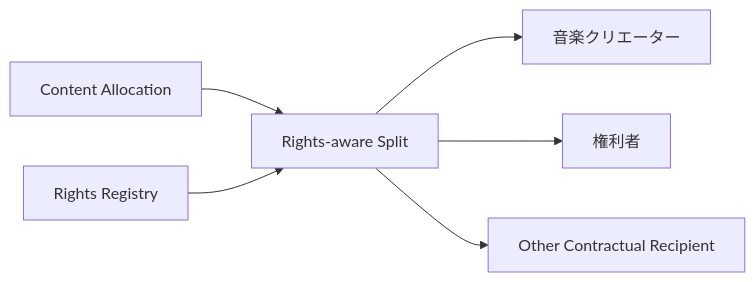
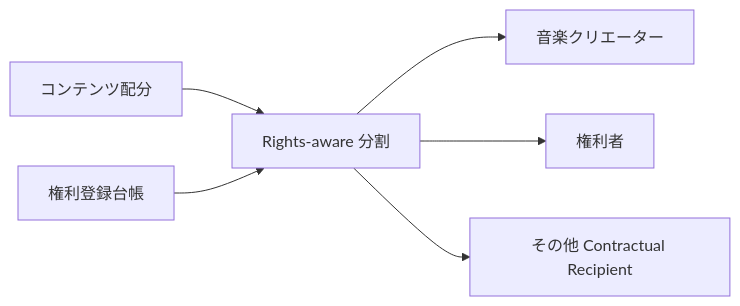
The third of 5 diagrams in docs/adr/ADR-0004-creator-distribution-model.md (ShigeichiroYamasaki/creator-first-platform), drawn with Mermaid before and after one commit. The commit also changed other lines of this file and 72 other files, not shown here.

````diff
--- a/docs/adr/ADR-0004-creator-distribution-model.md
+++ b/docs/adr/ADR-0004-creator-distribution-model.md
@@ -288,15 +288,15 @@
 ```mermaid
 flowchart LR
-    AMOUNT[Content Allocation]
-    RIGHTS[Rights Registry]
-    SPLIT[Rights-aware Split]
+    AMOUNT[コンテンツ配分]
+    RIGHTS[権利登録台帳]
+    SPLIT[Rights-aware 分割]
     A[音楽クリエーター]
     B[権利者]
-    C[Other Contractual Recipient]
+    C[その他 Contractual Recipient]
 
     AMOUNT --> SPLIT
     RIGHTS --> SPLIT
     SPLIT --> A
     SPLIT --> B
     SPLIT --> C
 ```
````
